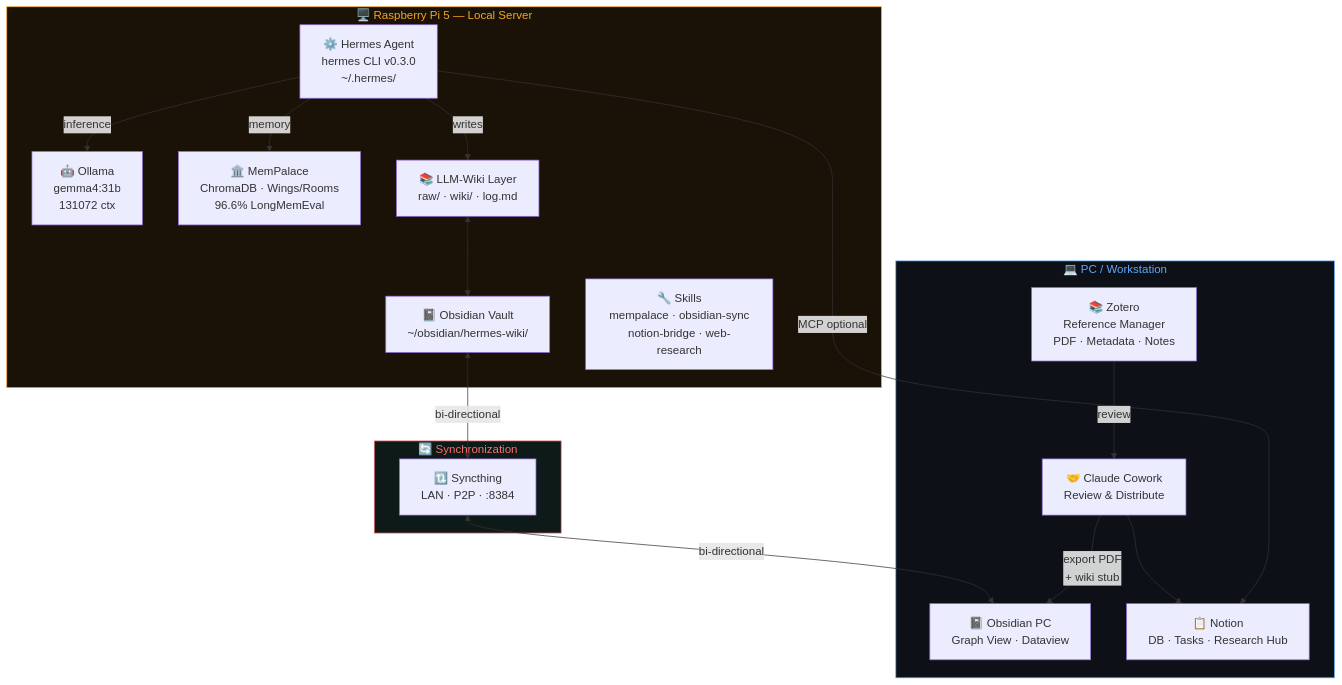
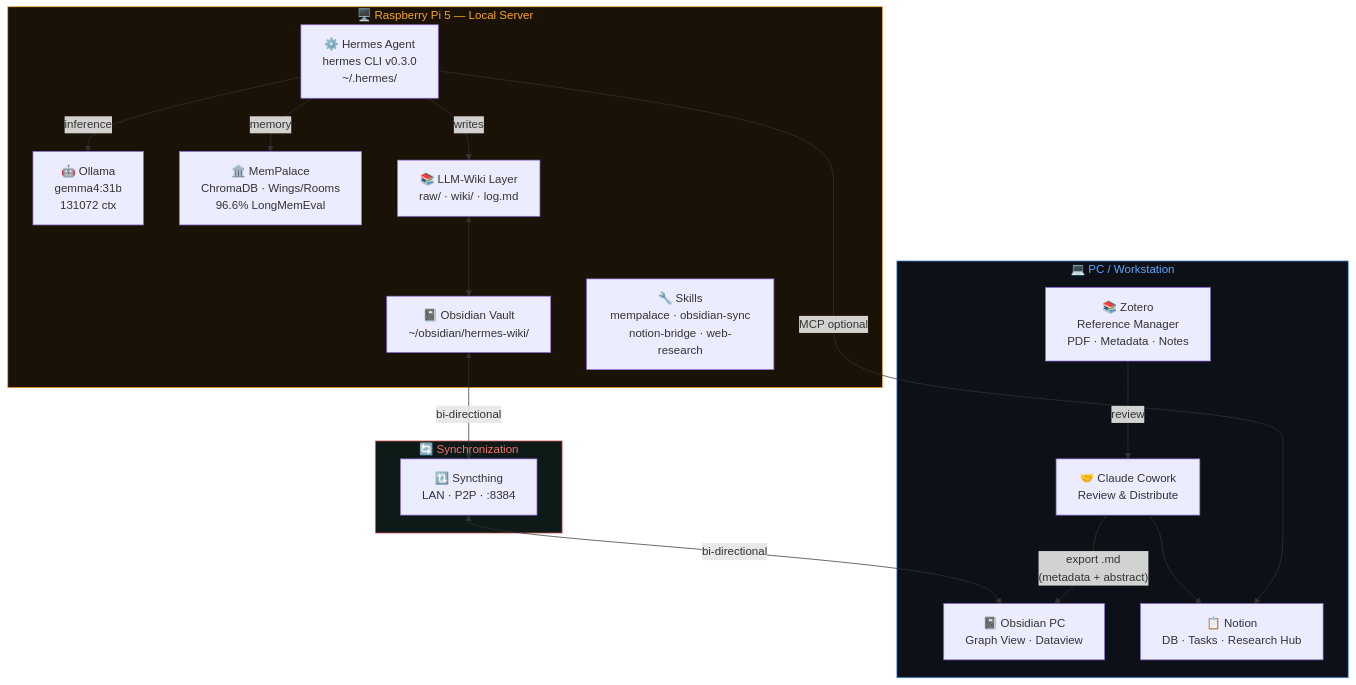
The first of 7 diagrams in README-en.md (omankz/Hermes-Agent---Claude-Cowork---Notion---Obsidian), drawn with Mermaid before and after one commit. The commit also changed other lines of this file, not shown here.

````diff
--- a/README-en.md
+++ b/README-en.md
@@ -46,37 +46,37 @@
 ```mermaid
 graph TB
     subgraph RPi5["🖥️ Raspberry Pi 5 — Local Server"]
         HA["⚙️ Hermes Agent\nhermes CLI v0.3.0\n~/.hermes/"]
         OL["🤖 Ollama\ngemma4:31b\n131072 ctx"]
         MP["🏛️ MemPalace\nChromaDB · Wings/Rooms\n96.6% LongMemEval"]
         OB_RPi["📓 Obsidian Vault\n~/obsidian/hermes-wiki/"]
         WK["📚 LLM-Wiki Layer\nraw/ · wiki/ · log.md"]
         SK["🔧 Skills\nmempalace · obsidian-sync\nnotion-bridge · web-research"]
     end
 
     subgraph SYNC["🔄 Synchronization"]
         ST["🔃 Syncthing\nLAN · P2P · :8384"]
     end
 
     subgraph PC["💻 PC / Workstation"]
         OB_PC["📓 Obsidian PC\nGraph View · Dataview"]
         ZT["📚 Zotero\nReference Manager\nPDF · Metadata · Notes"]
         CW["🤝 Claude Cowork\nReview & Distribute"]
         NT["📋 Notion\nDB · Tasks · Research Hub"]
     end
 
     HA -- inference --> OL
     HA -- memory --> MP
     HA -- writes --> WK
     WK <--> OB_RPi
     OB_RPi <-- bi-directional --> ST
     ST <-- bi-directional --> OB_PC
     ZT -->|"review"| CW
-    CW -->|"export PDF\n+ wiki stub"| OB_PC
+    CW -->|"export .md\n(metadata + abstract)"| OB_PC
     CW --> NT
     HA -- MCP optional --> NT
 
     style RPi5 fill:#1a1207,stroke:#f5a623,stroke-width:1px,color:#f5a623
     style SYNC fill:#0d1a17,stroke:#f87171,stroke-width:1px,color:#f87171
     style PC fill:#0d1117,stroke:#60a5fa,stroke-width:1px,color:#60a5fa
 ```
````
